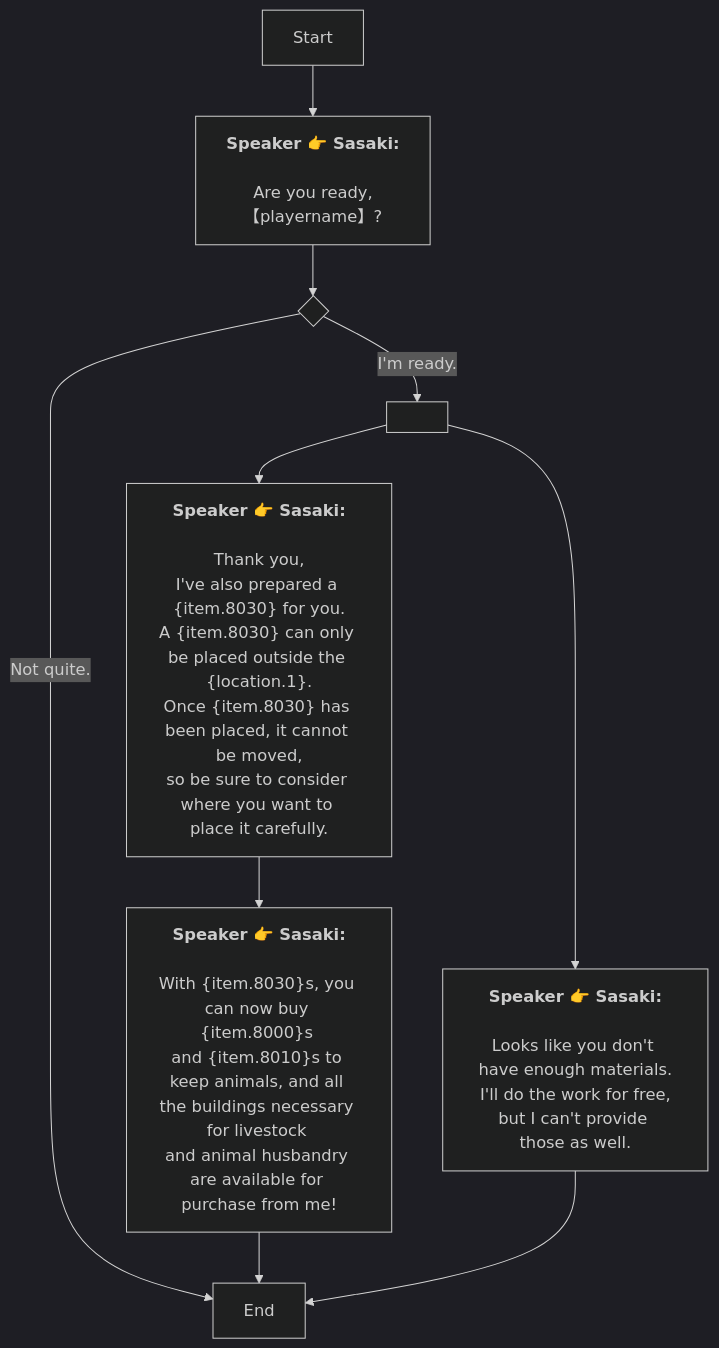
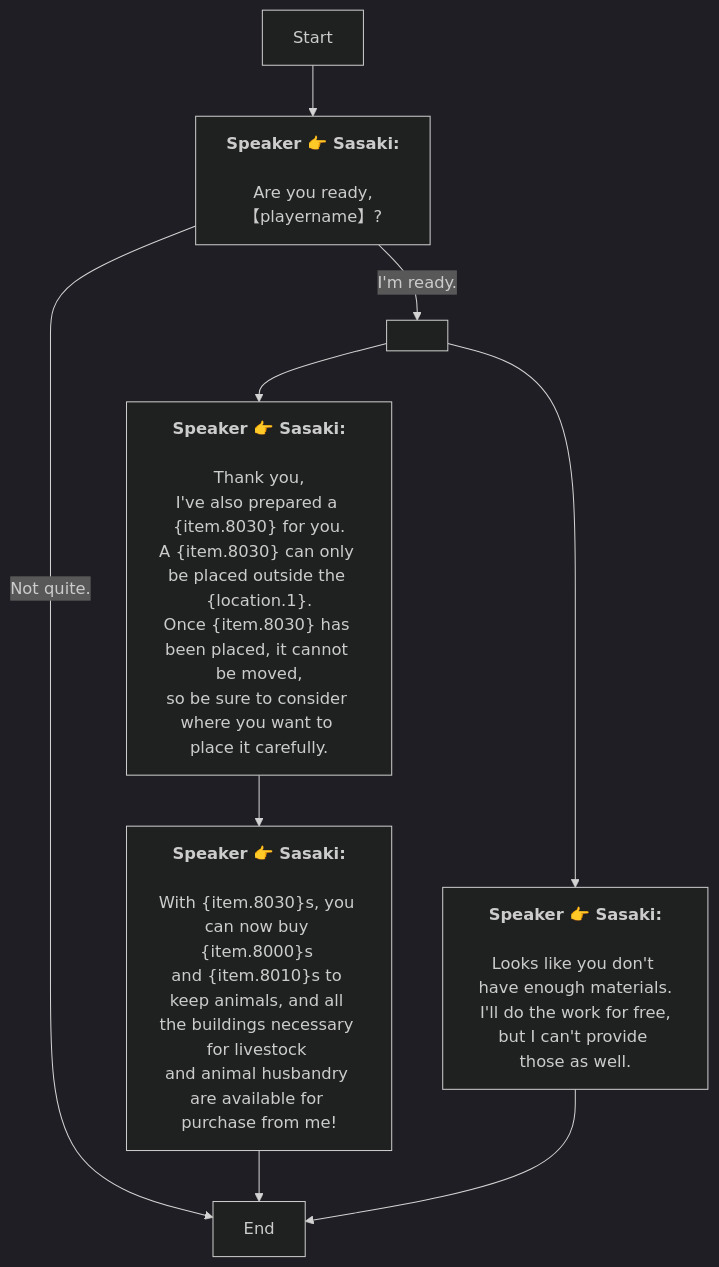
Before and after one commit to SoftHu/tos_avg: the diagram in En/QuestTalkObjectiveNode_1741370761464091.md, drawn with Mermaid (dark theme). The commit also changed 737 other files, not shown here.

````diff
--- a/En/QuestTalkObjectiveNode_1741370761464091.md
+++ b/En/QuestTalkObjectiveNode_1741370761464091.md
@@ -1,30 +1,24 @@
 ```mermaid
 graph
 Start -->1741371176241438[<b>Speaker 👉 Sasaki:</b>
-
-Are you ready,
+\nAre you ready,
 【playername】?]
-1741371176241438 -->1741371194669343{ }
-1741371194669343 -->|I'm ready.|1756425024283146[ ]
-1741371194669343 -->|Not quite.|1756425180201483[End]
+1741371176241438 -->|I'm ready.|1756425024283146[ ]
+1741371176241438 -->|Not quite.|1756425180201483[End]
 1756425024283146 -->1741371646951720[<b>Speaker 👉 Sasaki:</b>
-
-Thank you,
+\nThank you,
 I've also prepared a &lbrace;item.8030&rbrace; for you.
-A &lbrace;item.8030&rbrace; can only be placed outside the &lbrace;location.1&rbrace;.
-Once &lbrace;item.8030&rbrace; has been placed, it cannot be moved,
+A &lbrace;item.8030&rbrace; can only be placed outside the &lbrace;location.1&rbrace;.\nOnce &lbrace;item.8030&rbrace; has been placed, it cannot be moved,
 so be sure to consider where you want to place it carefully.]
 1756425024283146 -->1741371496490279[<b>Speaker 👉 Sasaki:</b>
-
-Looks like you don't have enough materials.
+\nLooks like you don't have enough materials.
 I'll do the work for free,
 but I can't provide those as well.]
 1741371646951720 -->1741372937941290[<b>Speaker 👉 Sasaki:</b>
-
-With &lbrace;item.8030&rbrace;s, you can now buy &lbrace;item.8000&rbrace;s 
+\nWith &lbrace;item.8030&rbrace;s, you can now buy &lbrace;item.8000&rbrace;s 
 and &lbrace;item.8010&rbrace;s to keep animals, and all the buildings necessary for livestock 
 and animal husbandry are available for purchase from me!]
 1741372937941290 -->1756425180201483[End]
 1741371496490279 -->1756425180201483[End]
 
- ```
+```
````
